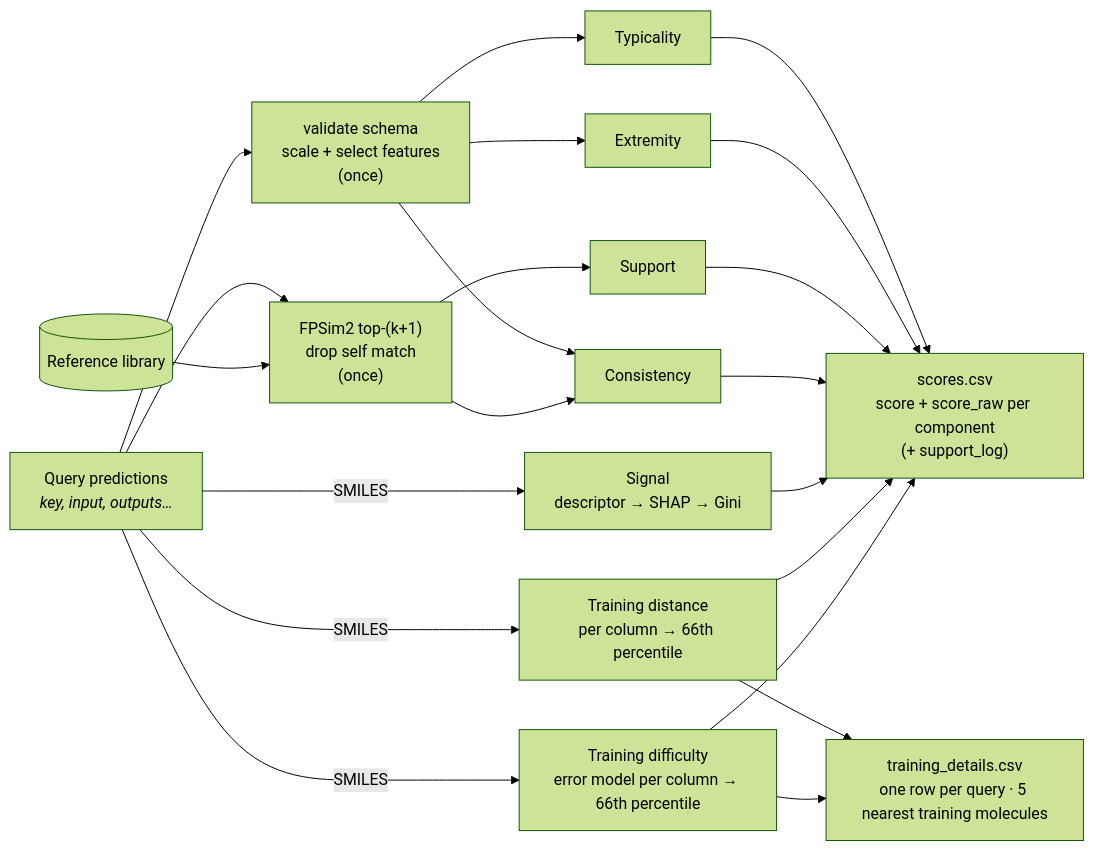
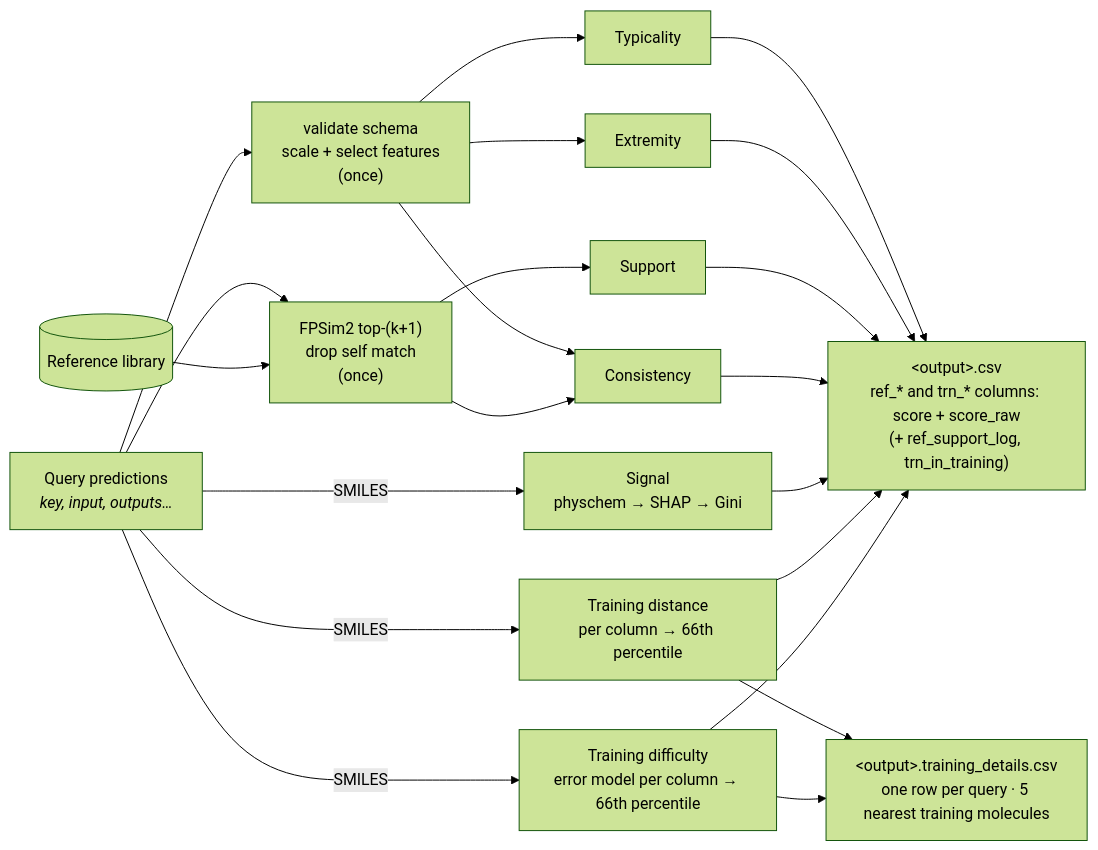
One commit to ersilia-os/eosquality changed the third of 3 diagrams in docs/diagram.md. Above: the diagram before and after it, drawn with Mermaid (forest theme). The commit also changed other lines of this file and 33 other files, not shown here.

````diff
--- a/docs/diagram.md
+++ b/docs/diagram.md
@@ -37,13 +37,13 @@
 ```mermaid
 flowchart LR
     Q["Query predictions<br/><i>key, input, outputs…</i>"] --> SCALE["validate schema<br/>scale + select features<br/>(once)"]
     Q --> FPQ["FPSim2 top-(k+1)<br/>drop self match<br/>(once)"]
     LIB[("Reference library")] --> FPQ
     SCALE --> TYP[Typicality] & EXT[Extremity] & CON[Consistency]
     FPQ --> SUP[Support] & CON
-    Q -- SMILES --> SIG["Signal<br/>descriptor → SHAP → Gini"]
+    Q -- SMILES --> SIG["Signal<br/>physchem → SHAP → Gini"]
     Q -- SMILES --> TDR["Training distance<br/>per column → 66th percentile"]
     Q -- SMILES --> TDF["Training difficulty<br/>error model per column → 66th percentile"]
-    TDR & TDF --> DET["training_details.csv<br/>one row per query · 5 nearest training molecules"]
-    TYP & EXT & SUP & CON & SIG & TDR & TDF --> OUT["scores.csv<br/>score + score_raw per component<br/>(+ support_log)"]
+    TDR & TDF --> DET["&lt;output&gt;.training_details.csv<br/>one row per query · 5 nearest training molecules"]
+    TYP & EXT & SUP & CON & SIG & TDR & TDF --> OUT["&lt;output&gt;.csv<br/>ref_* and trn_* columns: score + score_raw<br/>(+ ref_support_log, trn_in_training)"]
 ```
````
